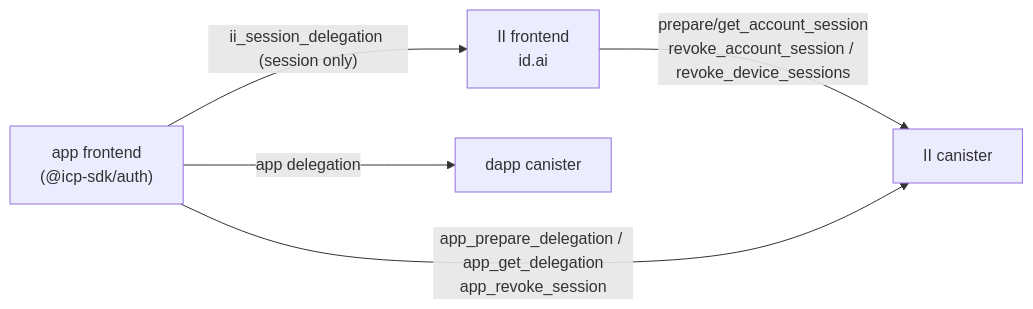
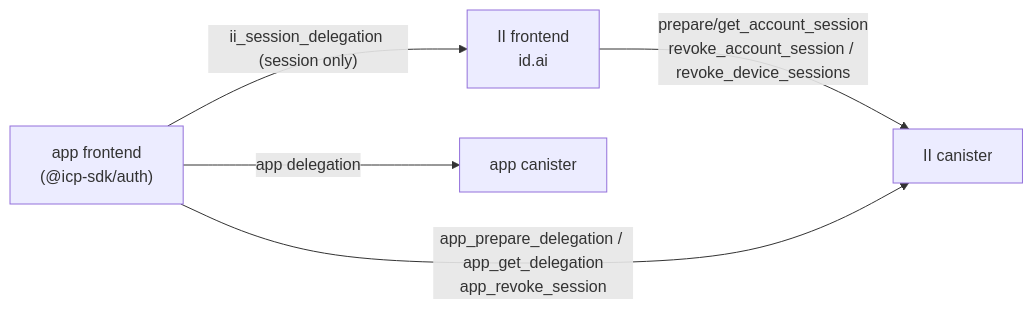
Before and after one commit to dfinity/internet-identity: the first of 7 diagrams in docs/ongoing/revocable-app-sessions-spec.md, drawn with Mermaid. The commit also changed other lines of this file and 1 other file, not shown here.

````diff
--- a/docs/ongoing/revocable-app-sessions-spec.md
+++ b/docs/ongoing/revocable-app-sessions-spec.md
@@ -31,12 +31,12 @@
 ```mermaid
 flowchart LR
     App["app frontend<br/>(@icp-sdk/auth)"]
     IIF["II frontend<br/>id.ai"]
     IIC["II canister"]
-    DC["dapp canister"]
+    DC["app canister"]
 
     App -->|"ii_session_delegation (session only)"| IIF
     IIF -->|"prepare/get_account_session<br/>revoke_account_session / revoke_device_sessions"| IIC
     App -->|"app_prepare_delegation / app_get_delegation<br/>app_revoke_session"| IIC
     App -->|"app delegation"| DC
 ```
````
